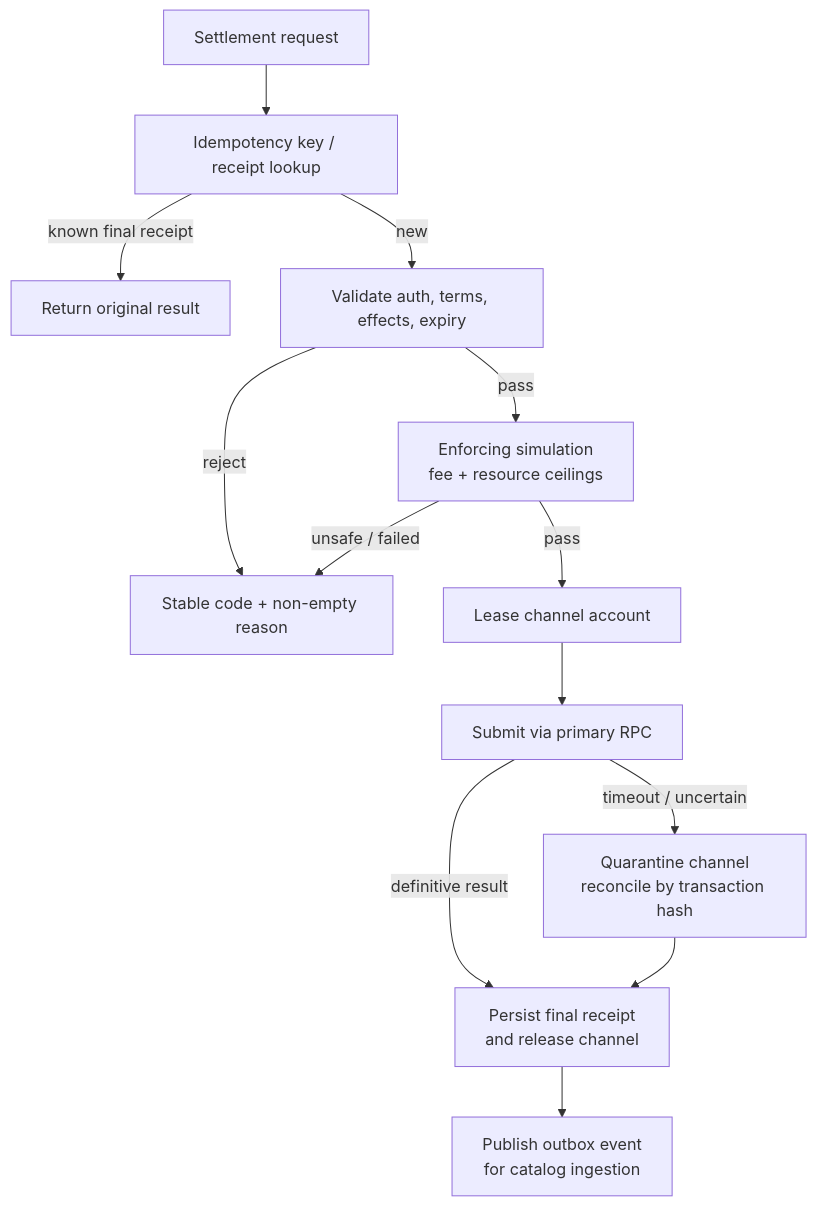
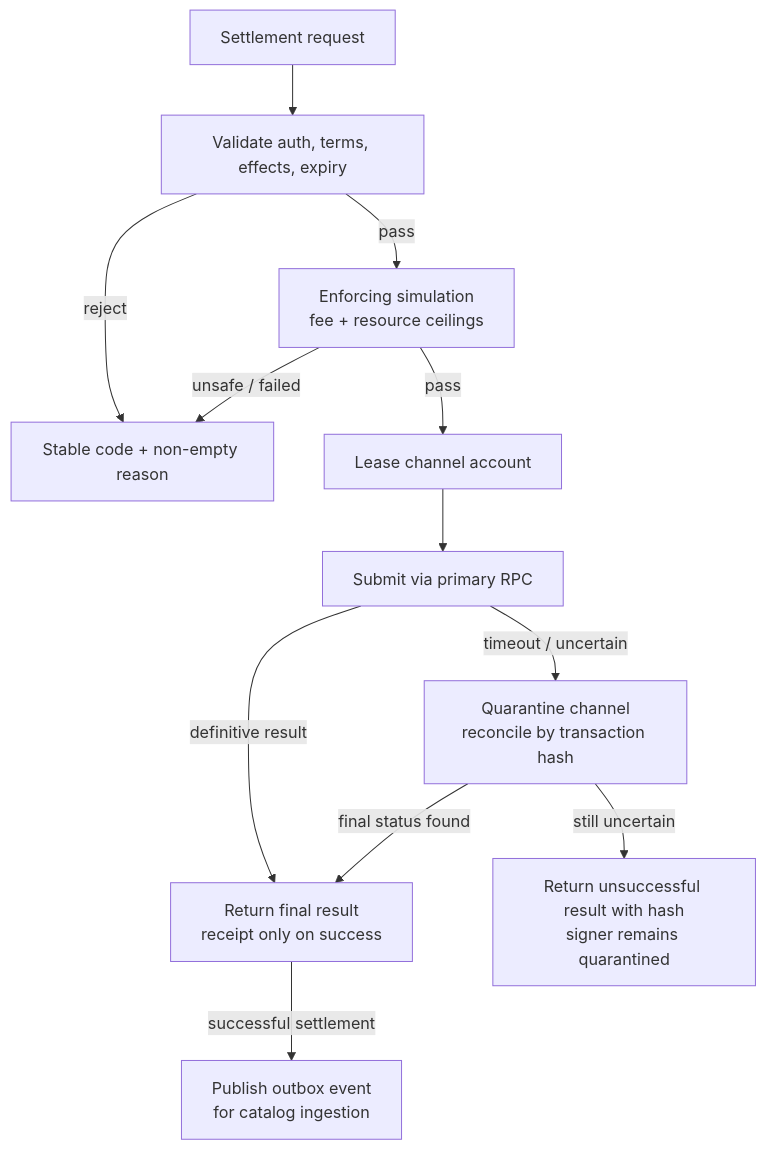
Before and after one commit to Veridex-Protocol/stellar-facilitator: the third of 7 diagrams in docs/architecture.md, drawn with Mermaid. The commit also changed other lines of this file and 19 other files, not shown here.

````diff
--- a/docs/architecture.md
+++ b/docs/architecture.md
@@ -186,15 +272,14 @@
 ```mermaid
 flowchart TD
-    Q["Settlement request"] --> I["Idempotency key / receipt lookup"]
-    I -->|"known final receipt"| R["Return original result"]
-    I -->|"new"| V["Validate auth, terms, effects, expiry"]
+    Q["Settlement request"] --> V["Validate auth, terms, effects, expiry"]
     V -->|"reject"| E["Stable code + non-empty reason"]
     V -->|"pass"| S["Enforcing simulation<br/>fee + resource ceilings"]
     S -->|"unsafe / failed"| E
     S -->|"pass"| L["Lease channel account"]
     L --> T["Submit via primary RPC"]
-    T -->|"definitive result"| P["Persist final receipt<br/>and release channel"]
+    T -->|"definitive result"| P["Return final result<br/>receipt only on success"]
     T -->|"timeout / uncertain"| H["Quarantine channel<br/>reconcile by transaction hash"]
-    H --> P
-    P --> O["Publish outbox event<br/>for catalog ingestion"]
+    H -->|"final status found"| P
+    H -->|"still uncertain"| U["Return unsuccessful result with hash<br/>signer remains quarantined"]
+    P -->|"successful settlement"| O["Publish outbox event<br/>for catalog ingestion"]
 ```
````
